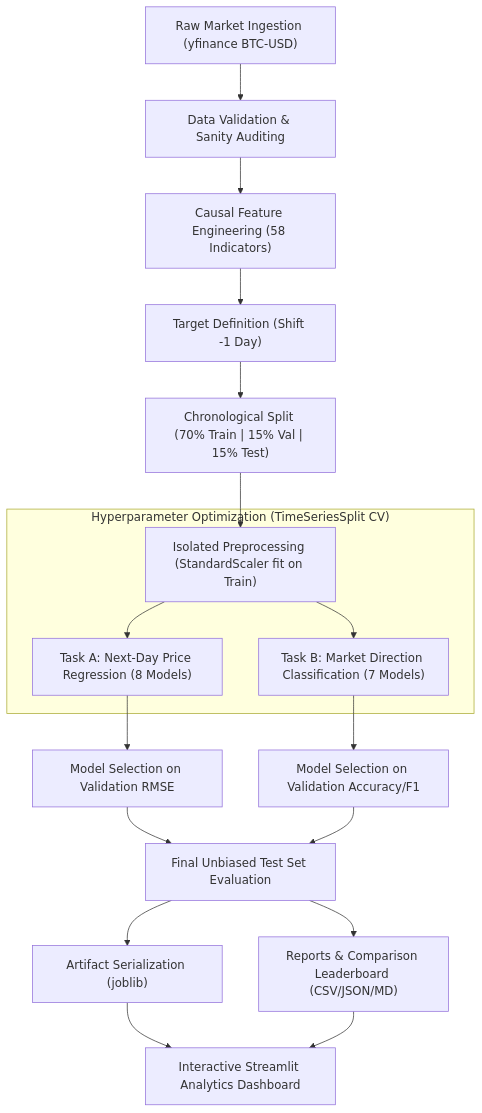
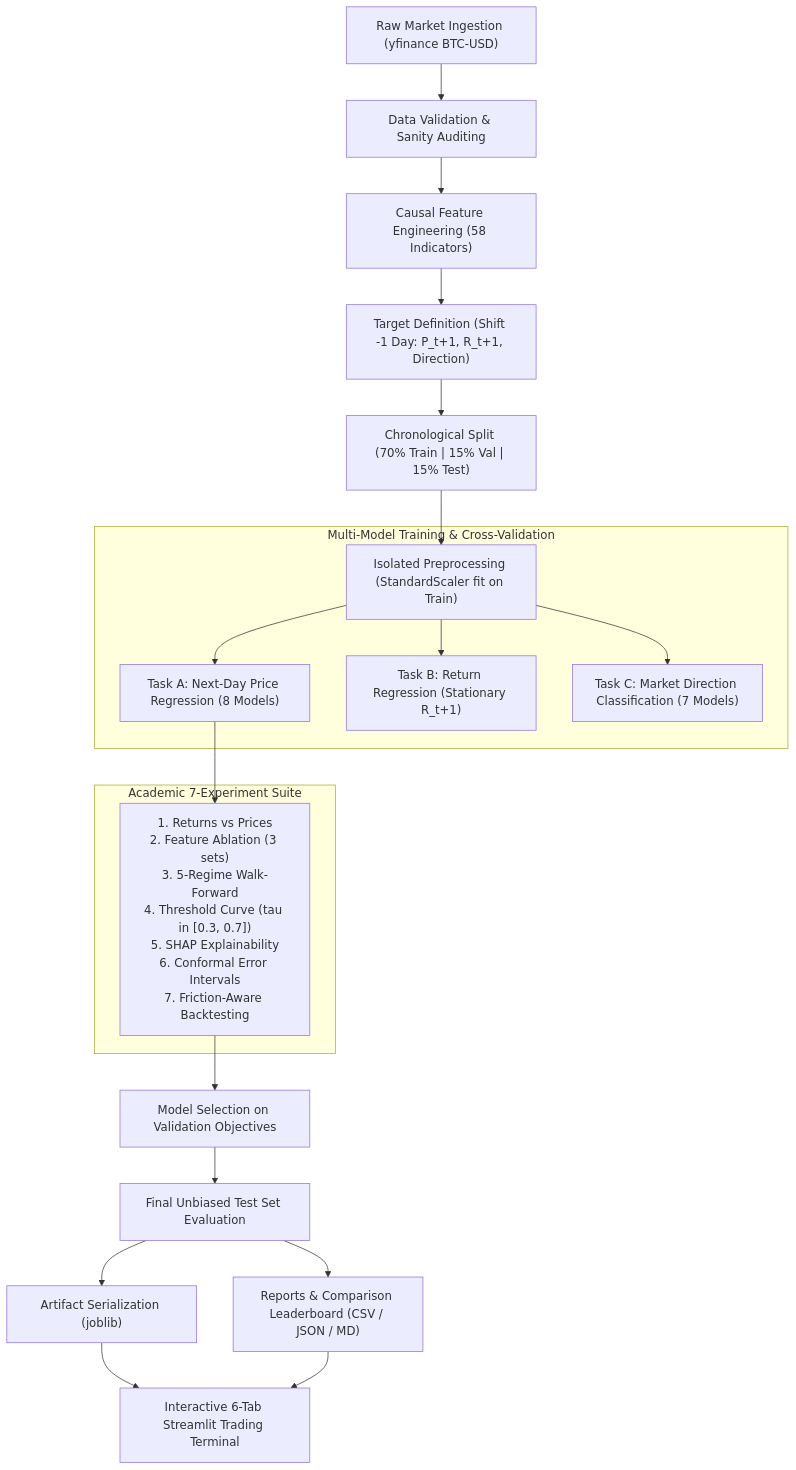
The diagram in README.md (CodeWidKrish/CryptoPredict-AI), drawn with Mermaid before and after one commit. The commit also changed other lines of this file and 37 other files, not shown here.

Commit message:
feat(academic-upgrade): implement 7-experiment suite, honest martingale baseline audit, 24 unit tests, and 6-tab terminal

````diff
--- a/README.md
+++ b/README.md
@@ -58,25 +71,26 @@
 ```mermaid
 flowchart TD
     A["Raw Market Ingestion (yfinance BTC-USD)"] --> B["Data Validation & Sanity Auditing"]
     B --> C["Causal Feature Engineering (58 Indicators)"]
-    C --> D["Target Definition (Shift -1 Day)"]
+    C --> D["Target Definition (Shift -1 Day: P_t+1, R_t+1, Direction)"]
     D --> E["Chronological Split (70% Train | 15% Val | 15% Test)"]
     E --> F["Isolated Preprocessing (StandardScaler fit on Train)"]
     
-    subgraph Model_Training ["Hyperparameter Optimization (TimeSeriesSplit CV)"]
+    subgraph Model_Benchmarking ["Multi-Model Training & Cross-Validation"]
         F --> G1["Task A: Next-Day Price Regression (8 Models)"]
-        F --> G2["Task B: Market Direction Classification (7 Models)"]
+        F --> G2["Task B: Return Regression (Stationary R_t+1)"]
+        F --> G3["Task C: Market Direction Classification (7 Models)"]
     end
     
-    G1 --> H1["Model Selection on Validation RMSE"]
-    G2 --> H2["Model Selection on Validation Accuracy/F1"]
+    subgraph Research_Experiments ["Academic 7-Experiment Suite"]
+        G1 --> EXP["1. Returns vs Prices<br>2. Feature Ablation (3 sets)<br>3. 5-Regime Walk-Forward<br>4. Threshold Curve (tau in [0.3, 0.7])<br>5. SHAP Explainability<br>6. Conformal Error Intervals<br>7. Friction-Aware Backtesting"]
+    end
     
-    H1 --> I["Final Unbiased Test Set Evaluation"]
-    H2 --> I
+    EXP --> H["Model Selection on Validation Objectives"]
+    H --> I["Final Unbiased Test Set Evaluation"]
+    I --> J["Artifact Serialization (joblib)"]
+    I --> K["Reports & Comparison Leaderboard (CSV / JSON / MD)"]
     
-    I --> J["Artifact Serialization (joblib)"]
-    I --> K["Reports & Comparison Leaderboard (CSV/JSON/MD)"]
-    
-    J --> L["Interactive Streamlit Analytics Dashboard"]
+    J --> L["Interactive 6-Tab Streamlit Trading Terminal"]
     K --> L
 ```
````
